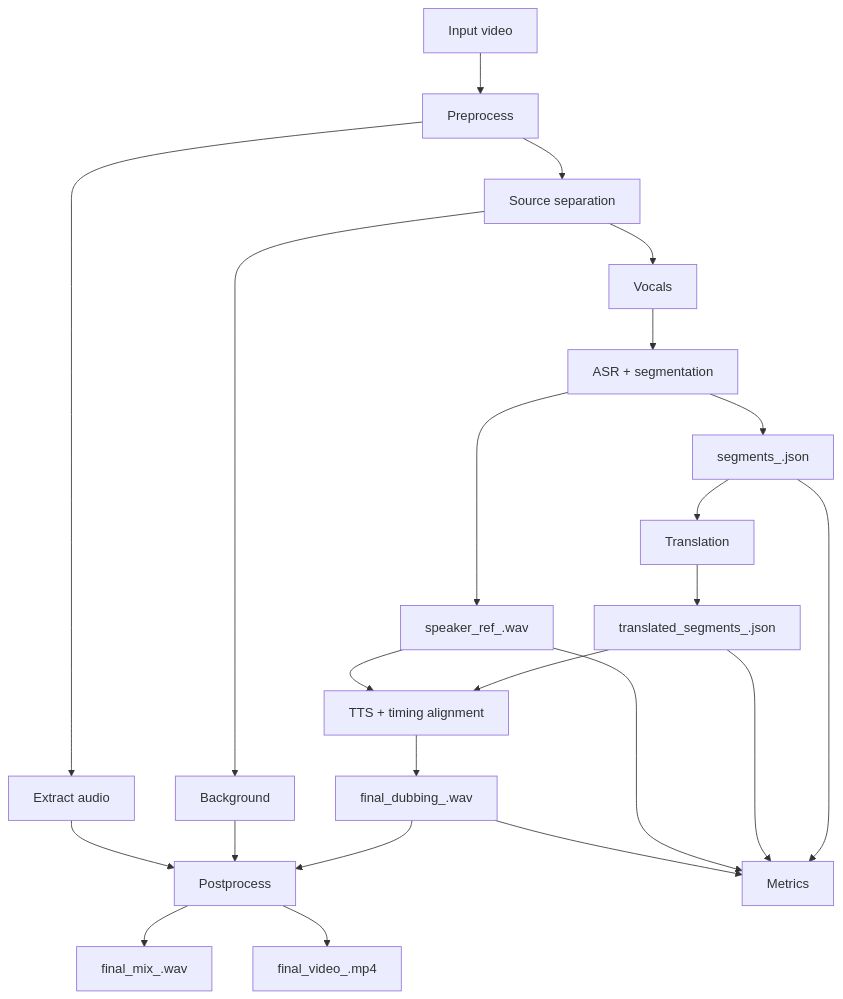
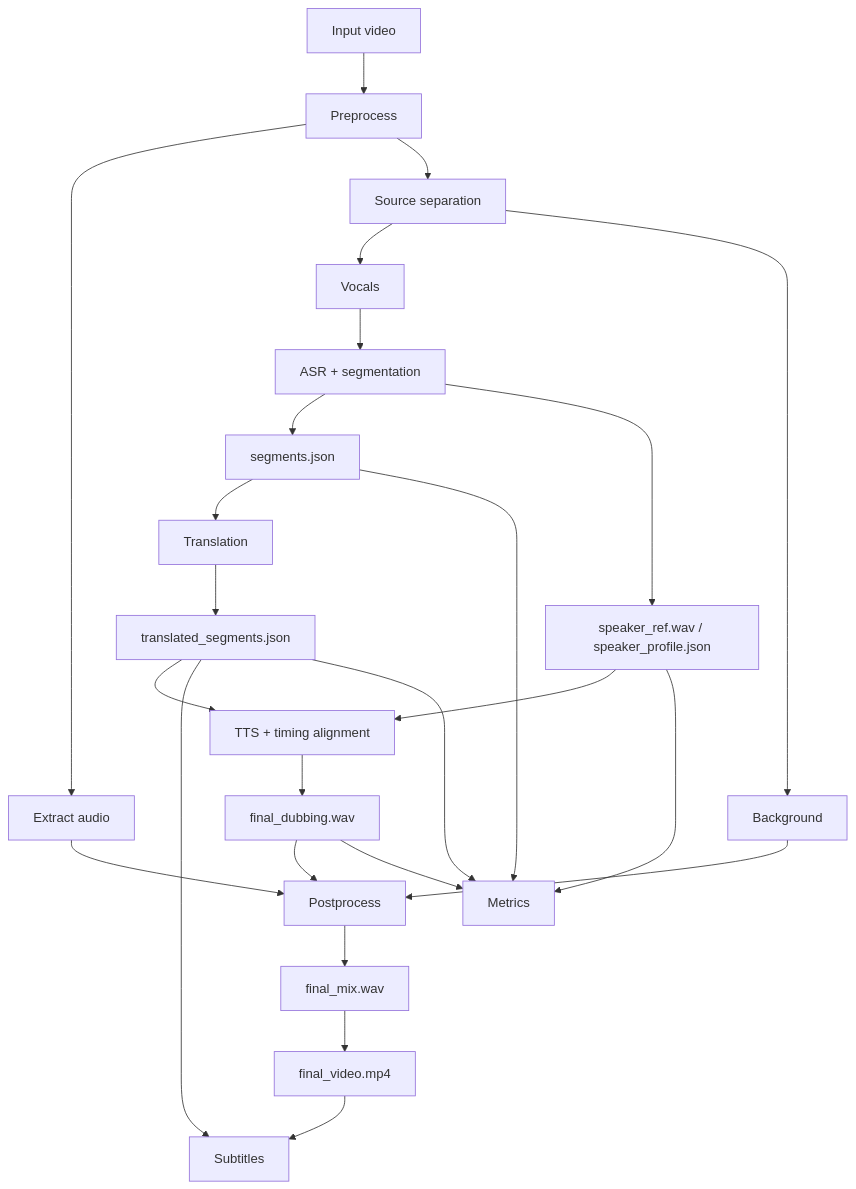
Before and after one commit to SemyaN1el/vid_dub: the diagram in README.md, drawn with Mermaid. The commit also changed other lines of this file and 25 other files, not shown here.

````diff
--- a/README.md
+++ b/README.md
@@ -21,25 +23,27 @@
 ```mermaid
 flowchart TD
     A["Input video"] --> B["Preprocess"]
     B --> C["Extract audio"]
     B --> D["Source separation"]
     D --> E["Vocals"]
     D --> F["Background"]
     E --> G["ASR + segmentation"]
-    G --> H["segments_<job>.json"]
-    G --> I["speaker_ref_<job>.wav"]
+    G --> H["segments.json"]
+    G --> I["speaker_ref.wav / speaker_profile.json"]
     H --> J["Translation"]
-    J --> K["translated_segments_<job>.json"]
+    J --> K["translated_segments.json"]
     K --> L["TTS + timing alignment"]
     I --> L
-    L --> M["final_dubbing_<job>.wav"]
+    L --> M["final_dubbing.wav"]
     M --> N["Postprocess"]
     F --> N
     C --> N
-    N --> O["final_mix_<job>.wav"]
-    N --> P["final_video_<job>.mp4"]
+    N --> O["final_mix.wav"]
+    O --> P["final_video.mp4"]
+    P --> S["Subtitles"]
+    K --> S
     H --> Q["Metrics"]
     K --> Q
     I --> Q
     M --> Q
 ```
````
